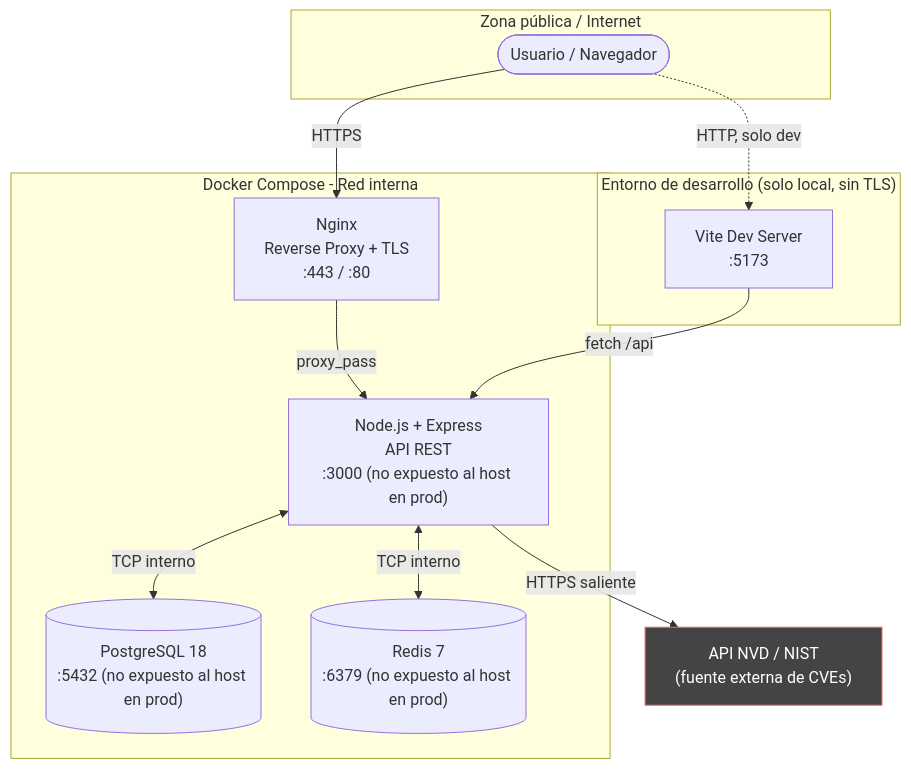
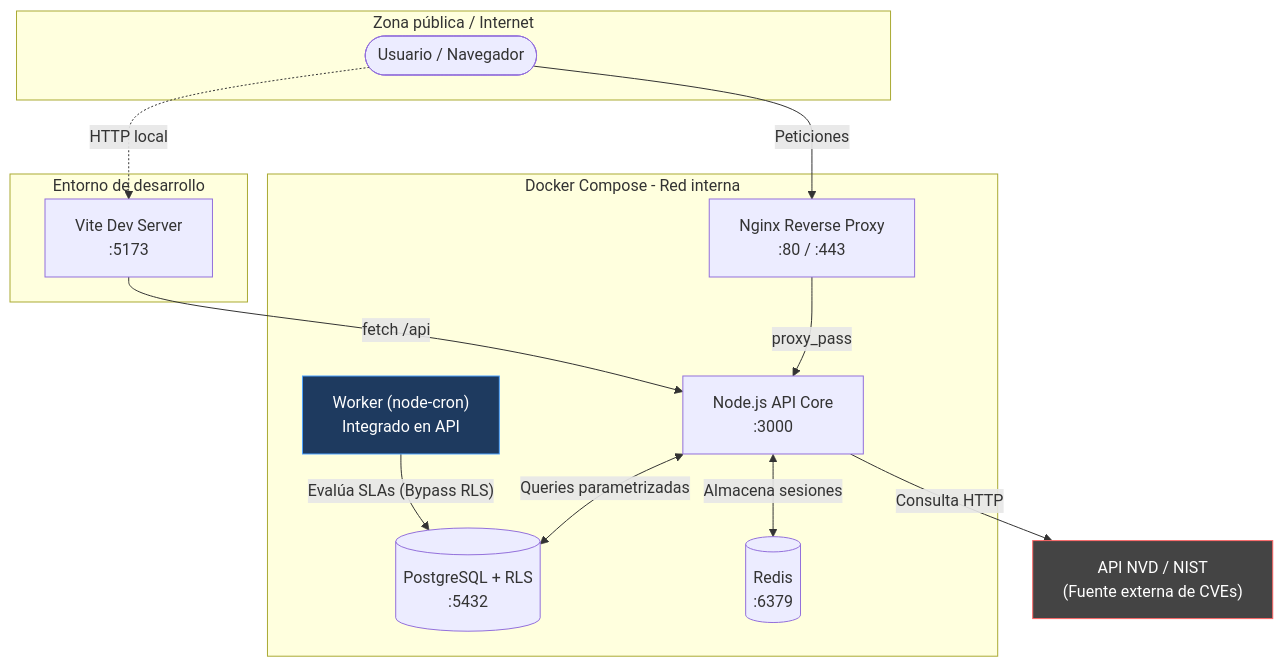
Before and after one commit to 3D74R08/VulnTrack: the first of 4 diagrams in README.md, drawn with Mermaid. The commit also changed other lines of this file, not shown here.

````diff
--- a/README.md
+++ b/README.md
@@ -33,30 +52,34 @@
 ```mermaid
 graph TD
     subgraph "Zona pública / Internet"
         Client(["Usuario / Navegador"])
     end
 
-    subgraph "Entorno de desarrollo (solo local, sin TLS)"
+    subgraph "Entorno de desarrollo"
         Vite["Vite Dev Server<br/>:5173"]
     end
 
     subgraph "Docker Compose - Red interna"
-        Nginx["Nginx<br/>Reverse Proxy + TLS<br/>:443 / :80"]
-        API["Node.js + Express<br/>API REST<br/>:3000 (no expuesto al host en prod)"]
-        DB[("PostgreSQL 18<br/>:5432 (no expuesto al host en prod)")]
-        Redis[("Redis 7<br/>:6379 (no expuesto al host en prod)")]
+        Nginx["Nginx Reverse Proxy<br/>:80 / :443"]
+        API["Node.js API Core<br/>:3000"]
+        Worker["Worker (node-cron)<br/>Integrado en API"]
+        DB[("PostgreSQL + RLS<br/>:5432")]
+        Redis[("Redis<br/>:6379")]
     end
 
-    NVD["API NVD / NIST<br/>(fuente externa de CVEs)"]
+    NVD["API NVD / NIST<br/>(Fuente externa de CVEs)"]
 
-    Client -->|"HTTPS"| Nginx
-    Client -.->|"HTTP, solo dev"| Vite
+    Client -->|"Peticiones"| Nginx
+    Client -.->|"HTTP local"| Vite
     Nginx -->|"proxy_pass"| API
     Vite -->|"fetch /api"| API
-    API <-->|"TCP interno"| DB
-    API <-->|"TCP interno"| Redis
-    API -->|"HTTPS saliente"| NVD
+    API <-->|"Queries parametrizadas"| DB
+    API <-->|"Almacena sesiones"| Redis
+    API -->|"Consulta HTTP"| NVD
+    Worker -->|"Evalúa SLAs (Bypass RLS)"| DB
 
     classDef external fill:#444,stroke:#f66,color:#fff
+    classDef worker fill:#1e3a5f,stroke:#4da3ff,color:#fff
     class NVD external
+    class Worker worker
 ```
````
